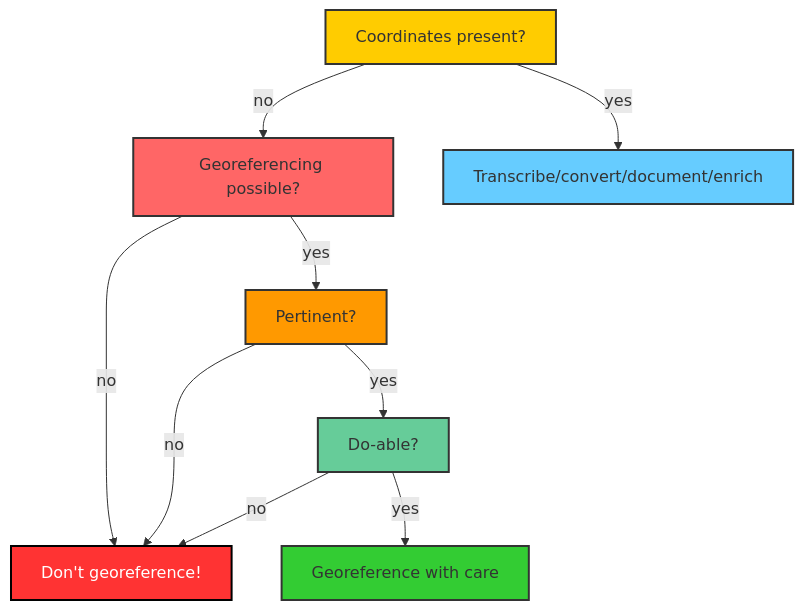
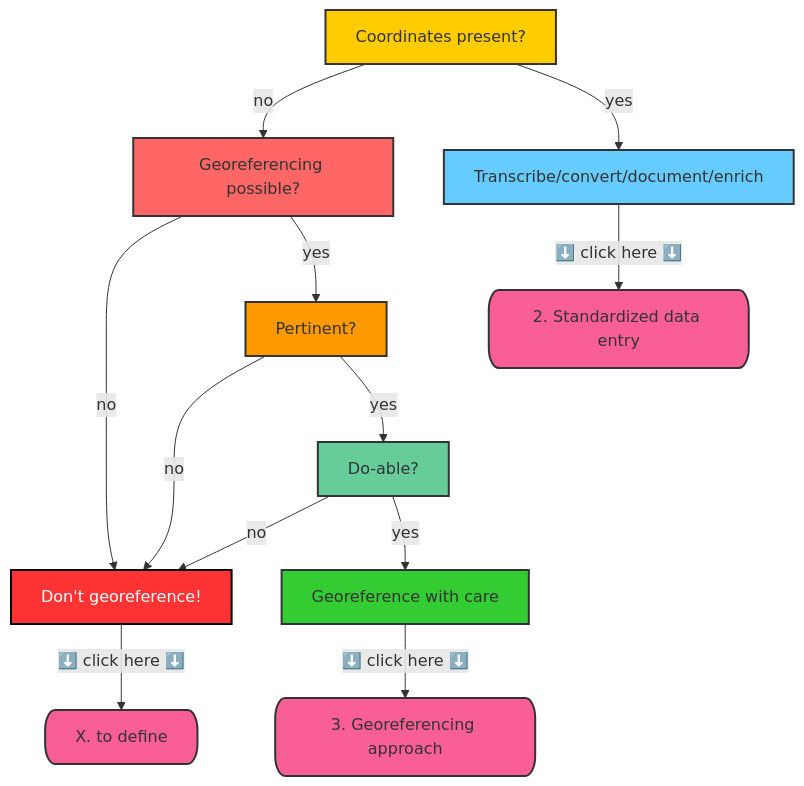
One commit to gbif/hp-swissnatcoll changed the diagram in en/thematicCommunities/GEOREFERENCING/geo_protocole.md. Above: the diagram before and after it, drawn with Mermaid.

```diff
--- a/en/thematicCommunities/GEOREFERENCING/geo_protocole.md
+++ b/en/thematicCommunities/GEOREFERENCING/geo_protocole.md
@@ -47,23 +47,31 @@
 <div class="mermaid">
 graph TD;
     A[Coordinates present?] -->|no| B[Georeferencing possible?];
     A -->|yes| C[Transcribe/convert/document/enrich];
     B --> |no| D[Don't georeference!];
     B --> |yes| E[Pertinent?];
     E --> |no| D;
     E --> |yes| F[Do-able?];
     F --> |no| D;
     F --> |yes| G[Georeference with care];
+    C -->|⬇️ ️click here ⬇️| H[2. Standardized data entry];
+    G -->|⬇️ ️click here ⬇️| I[3. Georeferencing approach];
+    D -->|⬇️ ️click here ⬇️| J[X. to define];
 
     %% Apply Colors
     style A fill:#ffcc00,stroke:#333,stroke-width:2px;
     style B fill:#ff6666,stroke:#333,stroke-width:2px;
     style C fill:#66ccff,stroke:#333,stroke-width:2px;
     style D fill:#ff3333,stroke:#000,stroke-width:2px,color:white;
     style E fill:#ff9900,stroke:#333,stroke-width:2px;
     style F fill:#66cc99,stroke:#333,stroke-width:2px;
     style G fill:#33cc33,stroke:#333,stroke-width:2px;
+    style H fill:#FA5E97,stroke:#333,stroke-width:2px,rx:10px,ry:20px;
+    style I fill:#FA5E97,stroke:#333,stroke-width:2px,rx:10px,ry:20px;
+    style J fill:#FA5E97,stroke:#333,stroke-width:2px,rx:10px,ry:20px;
+
     
     %% Define the hyperlink
-    click G "/en/geo-protocole#3-georeferencing-approach"
+    click H "/en/geo-protocole#2-standardized-data-entry"
+    click I "/en/geo-protocole#3-georeferencing-approach"
 </div>
```
